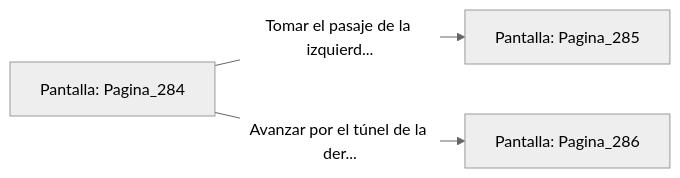
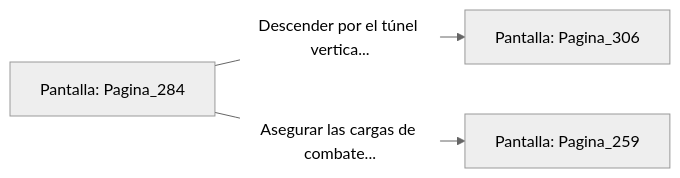
One commit to metsuke/mpl changed the diagram in sample/eligejuego-vault/Pantalla_Pagina_284.md. Above: the diagram before and after it, drawn with Mermaid (neutral theme). The commit also changed other lines of this file and 635 other files, not shown here.

First line of the commit message:
fix: añadir Pagina_1 como pantalla inicial en capitulo_01.mpl

````diff
--- a/sample/eligejuego-vault/Pantalla_Pagina_284.md
+++ b/sample/eligejuego-vault/Pantalla_Pagina_284.md
@@ -20,6 +22,6 @@
 ```mermaid
 graph LR
     P_Pagina_284["Pantalla: Pagina_284"]
-    P_Pagina_284 -->|"Tomar el pasaje de la izquierd..."| P_Pagina_285["Pantalla: Pagina_285"]
-    P_Pagina_284 -->|"Avanzar por el túnel de la der..."| P_Pagina_286["Pantalla: Pagina_286"]
+    P_Pagina_284 -->|"Descender por el túnel vertica..."| P_Pagina_306["Pantalla: Pagina_306"]
+    P_Pagina_284 -->|"Asegurar las cargas de combate..."| P_Pagina_259["Pantalla: Pagina_259"]
 ```
````
